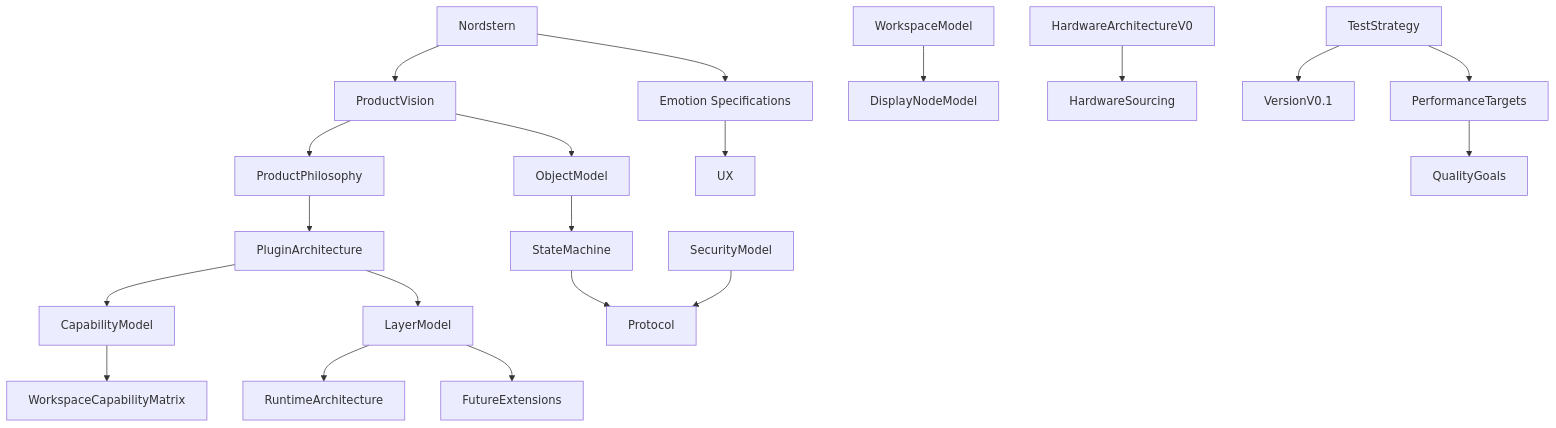
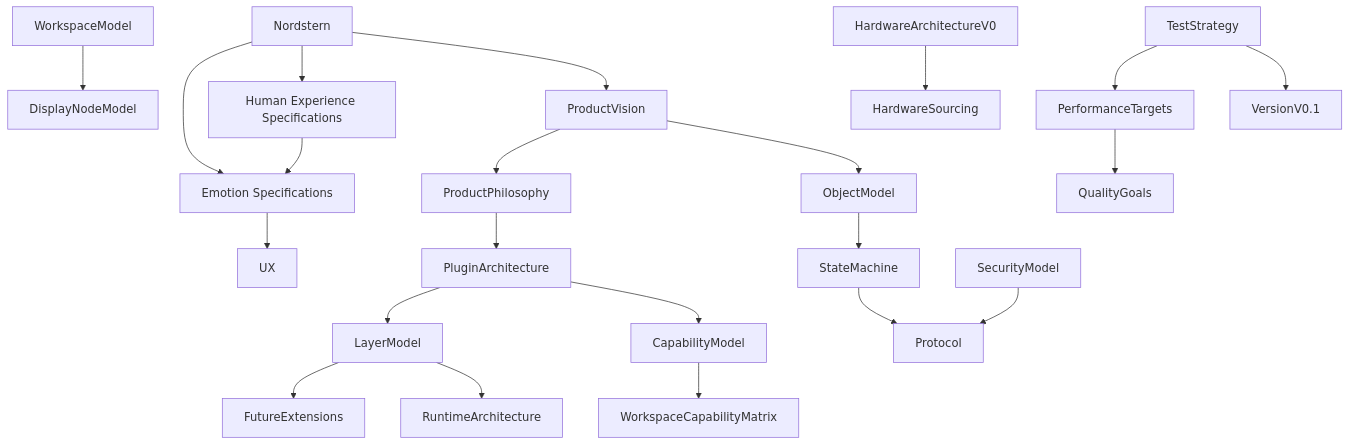
Before and after one commit to rk-engineeringAToutlook-de/RKWorkspace: the diagram in Spec/README.md, drawn with Mermaid. The commit also changed other lines of this file and 7 other files, not shown here.

Commit message:
docs: add human experience specification HX-001

````diff
--- a/Spec/README.md
+++ b/Spec/README.md
@@ -14,22 +14,24 @@
 ```mermaid
 flowchart TB
     NorthStar["Nordstern"] --> Product["ProductVision"]
+    NorthStar --> HumanExperience["Human Experience Specifications"]
     NorthStar --> Emotion["Emotion Specifications"]
+    HumanExperience --> Emotion
     Product["ProductVision"] --> Object["ObjectModel"]
     Product --> Philosophy["ProductPhilosophy"]
     Emotion --> UX["UX"]
     Philosophy --> Plugin["PluginArchitecture"]
     Plugin --> Capability["CapabilityModel"]
     Capability --> Matrix["WorkspaceCapabilityMatrix"]
     Plugin --> Layer["LayerModel"]
     Layer --> Runtime["RuntimeArchitecture"]
     Object --> State["StateMachine"]
     State --> Protocol["Protocol"]
     Security["SecurityModel"] --> Protocol
     Workspace["WorkspaceModel"] --> Nodes["DisplayNodeModel"]
     Hardware["HardwareArchitectureV0"] --> Sourcing["HardwareSourcing"]
     Tests["TestStrategy"] --> V01["VersionV0.1"]
     Layer --> Future["FutureExtensions"]
     Tests --> Performance["PerformanceTargets"]
     Performance --> Quality["QualityGoals"]
 ```
````
